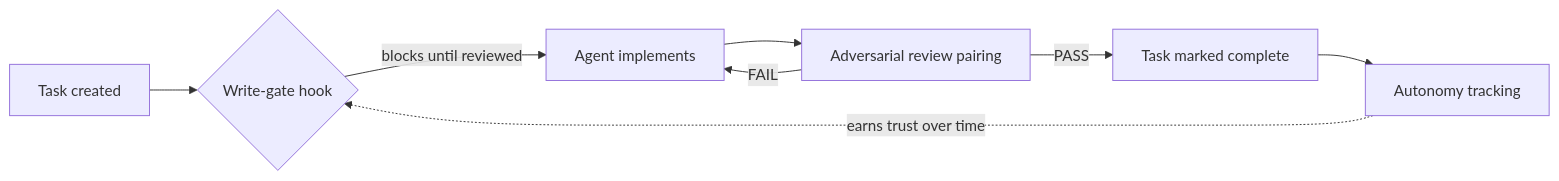
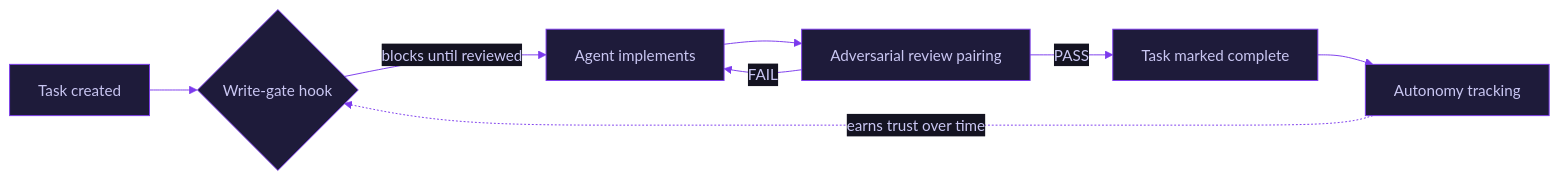
One commit to herakles-dev/herakles-dev changed the diagram in README.md. Above: the diagram before and after it, drawn with Mermaid. The commit also changed 3 other files, not shown here.

First line of the commit message:
Give neofetch a real logo, theme the Mermaid diagram to match the page

````diff
--- a/README.md
+++ b/README.md
@@ -88,10 +88,24 @@
 ```mermaid
+%%{init: {'theme': 'base', 'themeVariables': {
+  'primaryColor': '#1e1b3a',
+  'primaryTextColor': '#c9c6f2',
+  'primaryBorderColor': '#7C3AED',
+  'lineColor': '#7C3AED',
+  'secondaryColor': '#141321',
+  'tertiaryColor': '#141321',
+  'background': '#141321',
+  'mainBkg': '#1e1b3a',
+  'nodeBorder': '#7C3AED',
+  'clusterBkg': '#141321',
+  'edgeLabelBackground': '#141321',
+  'fontFamily': 'JetBrains Mono, ui-monospace, monospace'
+}}}%%
 flowchart LR
     T[Task created] --> W{Write-gate hook}
     W -->|blocks until reviewed| I[Agent implements]
     I --> R[Adversarial review pairing]
     R -->|FAIL| I
     R -->|PASS| C[Task marked complete]
     C --> A[Autonomy tracking]
     A -.->|earns trust over time| W
 ```
````
